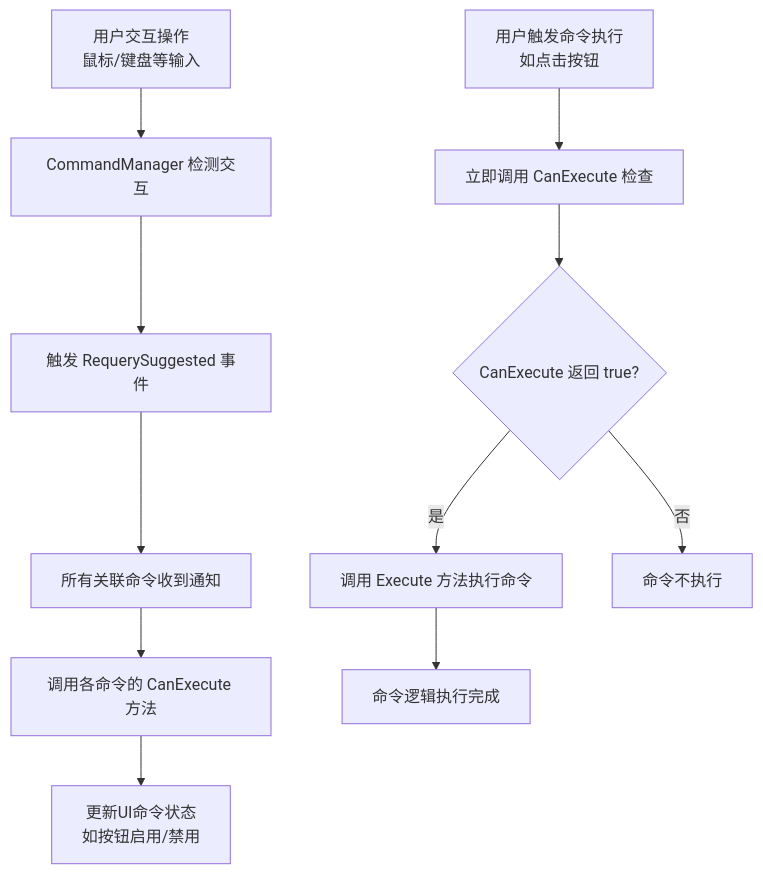
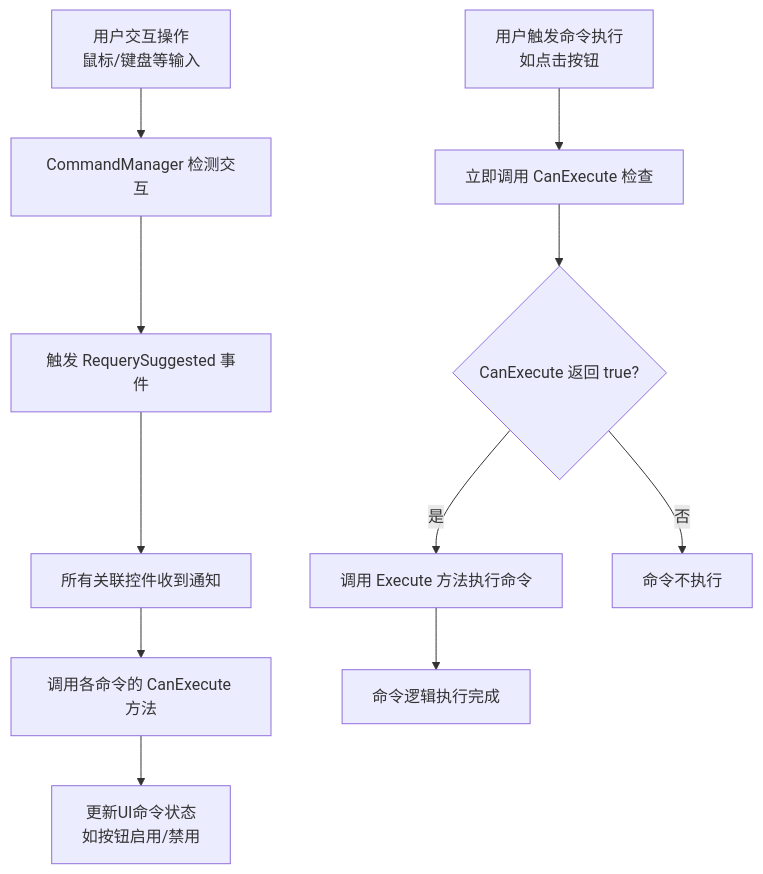
Diagram 13 of 15 in WPF.md (xiaoYoc/CSharp-Learning-Notes-In-a-Nutshell), drawn with Mermaid before and after one commit. The commit also changed other lines of this file and 5 other files, not shown here.

````diff
--- a/WPF.md
+++ b/WPF.md
@@ -3457,14 +3480,14 @@
 ```mermaid
 flowchart TD
     A[用户交互操作<br>鼠标/键盘等输入] --> B[CommandManager 检测交互]
     B --> C[触发 RequerySuggested 事件]
-    C --> D[所有关联命令收到通知]
+    C --> D[所有关联控件收到通知]
     D --> E[调用各命令的 CanExecute 方法]
     E --> F[更新UI命令状态<br>如按钮启用/禁用]
     
     G[用户触发命令执行<br>如点击按钮] --> H[立即调用 CanExecute 检查]
     H --> I{CanExecute 返回 true?}
     I -->|是| J[调用 Execute 方法执行命令]
     I -->|否| K[命令不执行]
     J --> L[命令逻辑执行完成]
 ```
````
